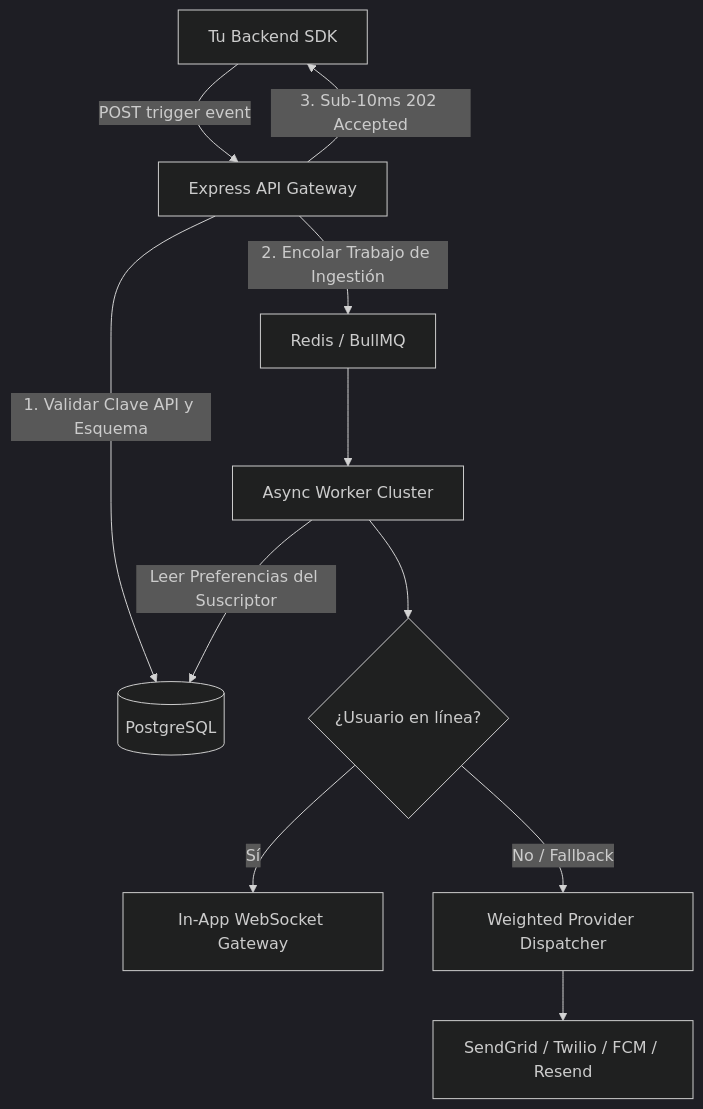
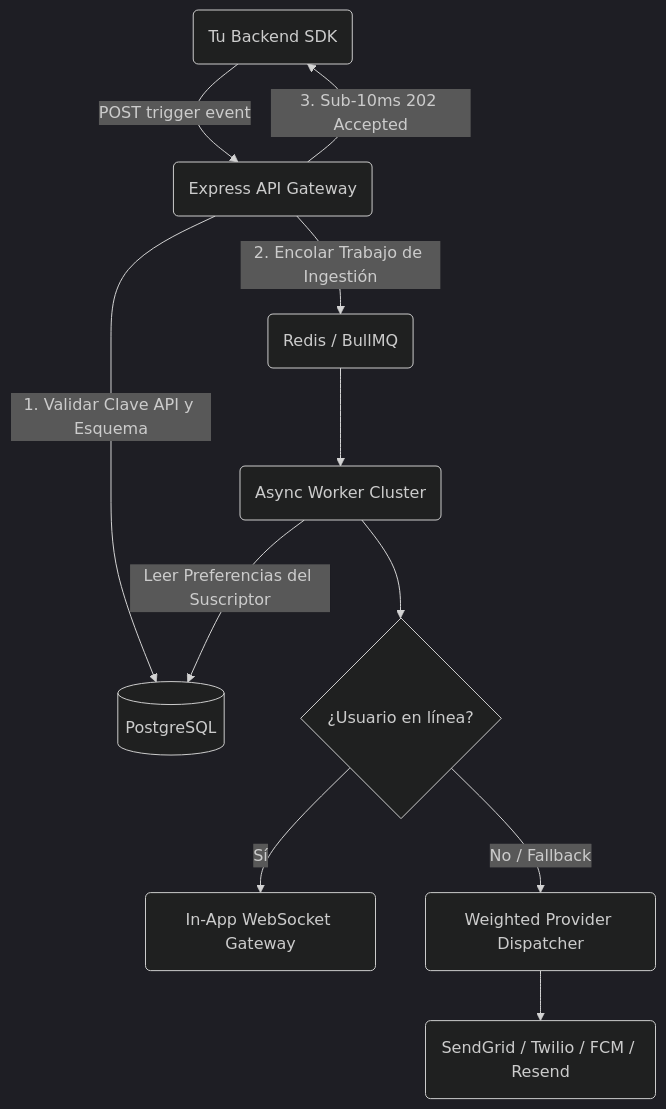
One commit to KriyanshKhunt/nexus_docs changed the diagram in content/docs/es/platform/index.mdx. Above: the diagram before and after it, drawn with Mermaid (dark theme). The commit also changed 20 other files, not shown here.

Commit message:
Handle es Mermaid charts

````diff
--- a/content/docs/es/platform/index.mdx
+++ b/content/docs/es/platform/index.mdx
@@ -87,13 +87,13 @@
 ```mermaid
 flowchart TD
-    App[Tu Backend SDK] -->|POST trigger event| API[Express API Gateway]
+    App(Tu Backend SDK) -->|POST trigger event| API(Express API Gateway)
     API -->|1. Validar Clave API y Esquema| DB[(PostgreSQL)]
-    API -->|2. Encolar Trabajo de Ingestión| Q[Redis / BullMQ]
+    API -->|2. Encolar Trabajo de Ingestión| Q(Redis / BullMQ)
     API -->|3. Sub-10ms 202 Accepted| App
-    Q --> Worker[Async Worker Cluster]
+    Q --> Worker(Async Worker Cluster)
     Worker -->|Leer Preferencias del Suscriptor| DB
     Worker --> Presence{¿Usuario en línea?}
-    Presence -->|Sí| InApp[In-App WebSocket Gateway]
-    Presence -->|No / Fallback| Carriers[Weighted Provider Dispatcher]
-    Carriers --> CarrierAPIs[SendGrid / Twilio / FCM / Resend]
+    Presence -->|Sí| InApp(In-App WebSocket Gateway)
+    Presence -->|No / Fallback| Carriers(Weighted Provider Dispatcher)
+    Carriers --> CarrierAPIs(SendGrid / Twilio / FCM / Resend)
 ```
````
